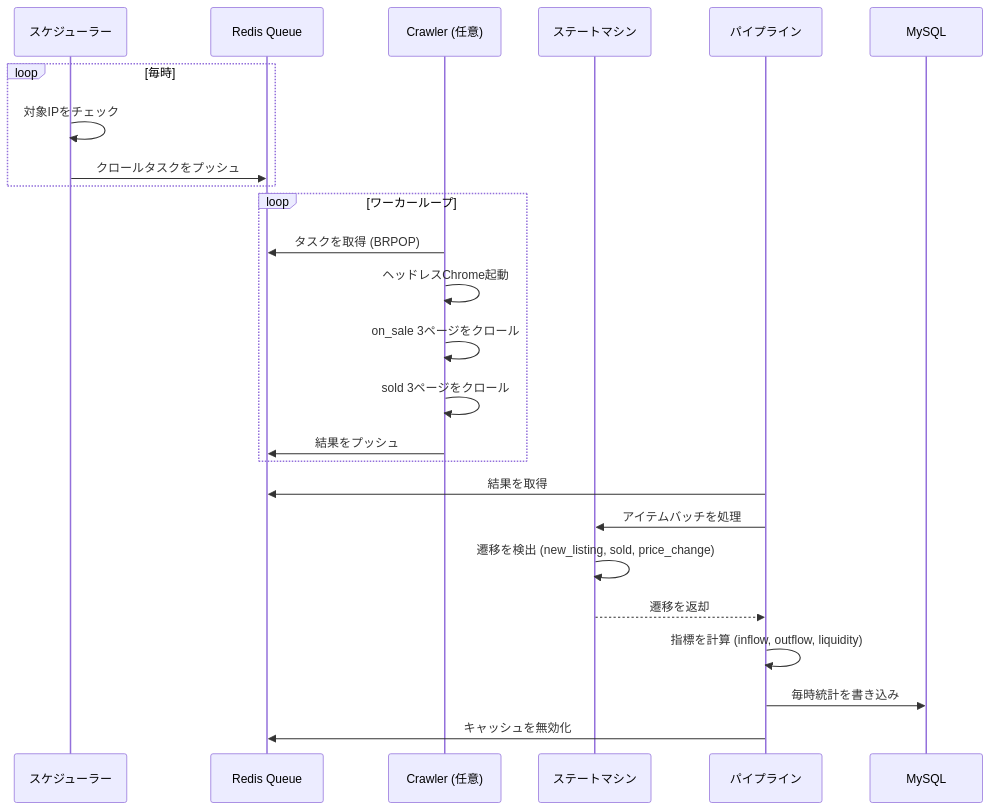
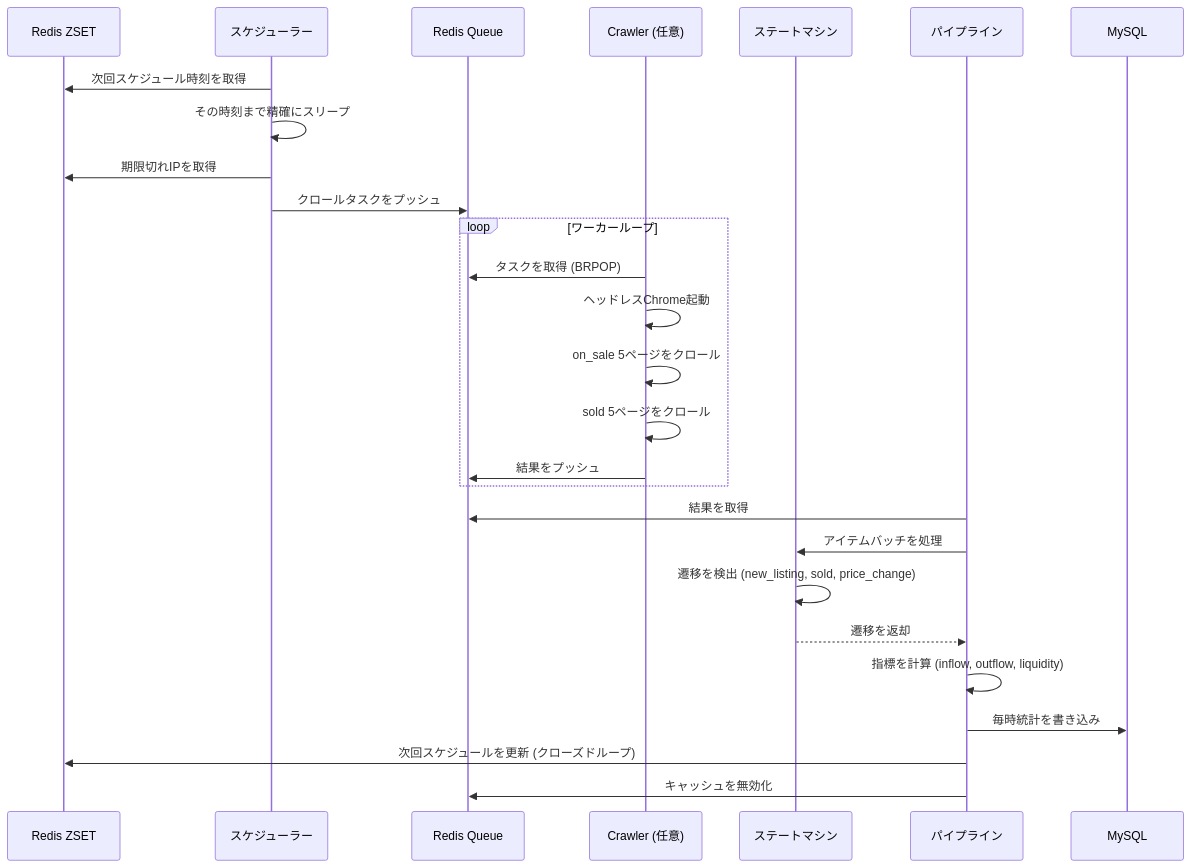
Before and after one commit to KahanaT800/animehot: the second of 2 diagrams in README.ja.md, drawn with Mermaid. The commit also changed other lines of this file and 9 other files, not shown here.

````diff
--- a/README.ja.md
+++ b/README.ja.md
@@ -95,30 +95,32 @@
 ```mermaid
 sequenceDiagram
+    participant ZSET as Redis ZSET
     participant SCH as スケジューラー
     participant RQ as Redis Queue
     participant CRW as Crawler (任意)
     participant SM as ステートマシン
     participant PIP as パイプライン
     participant DB as MySQL
 
-    loop 毎時
-        SCH->>SCH: 対象IPをチェック
-        SCH->>RQ: クロールタスクをプッシュ
-    end
+    SCH->>ZSET: 次回スケジュール時刻を取得
+    SCH->>SCH: その時刻まで精確にスリープ
+    SCH->>ZSET: 期限切れIPを取得
+    SCH->>RQ: クロールタスクをプッシュ
 
     loop ワーカーループ
         CRW->>RQ: タスクを取得 (BRPOP)
         CRW->>CRW: ヘッドレスChrome起動
-        CRW->>CRW: on_sale 3ページをクロール
-        CRW->>CRW: sold 3ページをクロール
+        CRW->>CRW: on_sale 5ページをクロール
+        CRW->>CRW: sold 5ページをクロール
         CRW->>RQ: 結果をプッシュ
     end
 
     PIP->>RQ: 結果を取得
     PIP->>SM: アイテムバッチを処理
     SM->>SM: 遷移を検出 (new_listing, sold, price_change)
     SM-->>PIP: 遷移を返却
     PIP->>PIP: 指標を計算 (inflow, outflow, liquidity)
     PIP->>DB: 毎時統計を書き込み
+    PIP->>ZSET: 次回スケジュールを更新 (クローズドループ)
     PIP->>RQ: キャッシュを無効化
 ```
````
